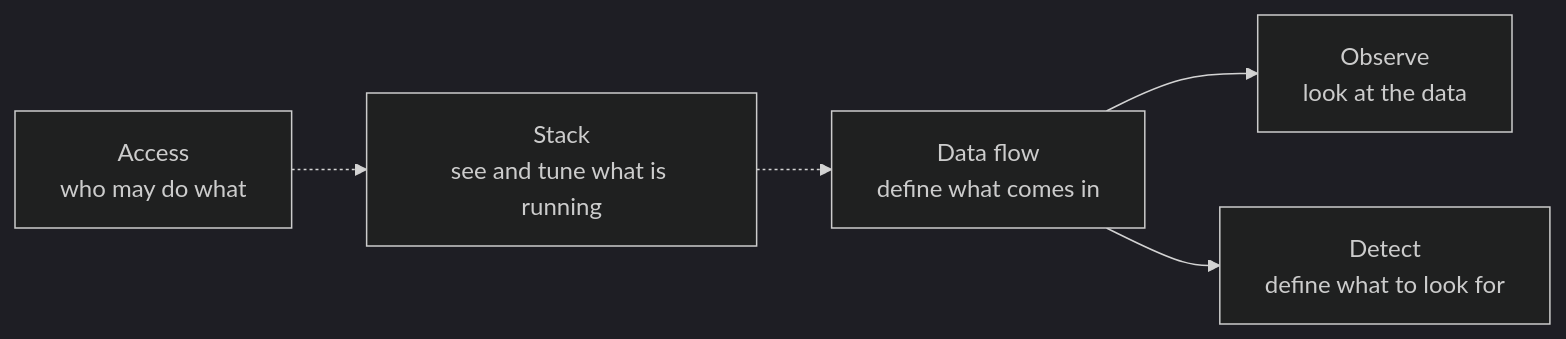
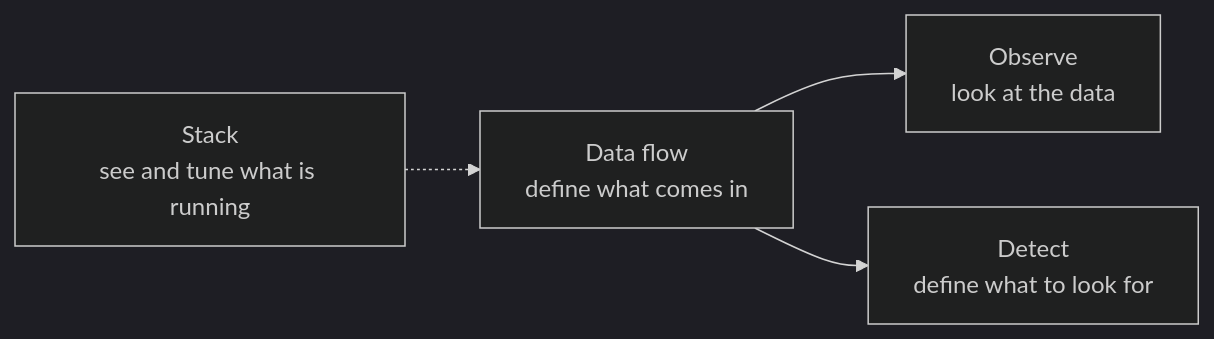
Before and after one commit to hyperi-io/dfe-ui: the first of 2 diagrams in docs/console-and-the-flow.md, drawn with Mermaid (dark theme). The commit also changed other lines of this file and 4 other files, not shown here.

````diff
--- a/docs/console-and-the-flow.md
+++ b/docs/console-and-the-flow.md
@@ -7,12 +7,10 @@
 ```mermaid
 flowchart LR
     OB[Observe<br/>look at the data]
     DF[Data flow<br/>define what comes in]
     DT[Detect<br/>define what to look for]
     ST[Stack<br/>see and tune what is running]
-    AC[Access<br/>who may do what]
     DF --> OB
     DF --> DT
     ST -.-> DF
-    AC -.-> ST
 ```
````
